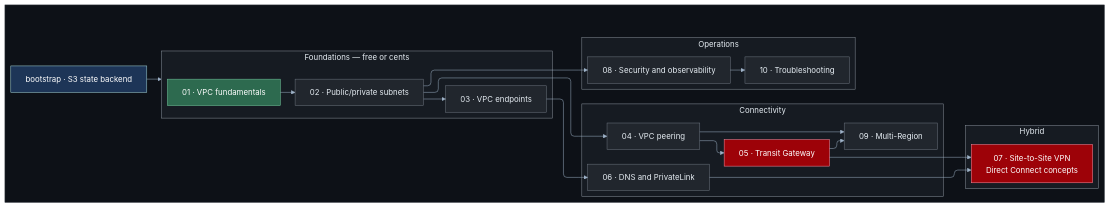
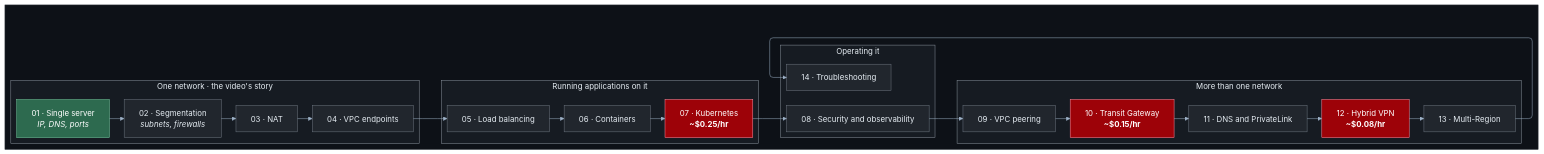
One commit to HuyNguyen260398/aws-network-architecture changed the first of 5 diagrams in docs/diagrams/README.md. Above: the diagram before and after it, drawn with Mermaid. The commit also changed other lines of this file and 13 other files, not shown here.

First line of the commit message:
docs: describe the single-project lab structure and map the video's concepts

````diff
--- a/docs/diagrams/README.md
+++ b/docs/diagrams/README.md
@@ -50,68 +53,58 @@
 ```mermaid
 ---
 config:
   layout: elk
   theme: base
   themeVariables:
     lineColor: "#9fb3c8"
     textColor: "#e6edf3"
     primaryColor: "#21262d"
     primaryTextColor: "#e6edf3"
     primaryBorderColor: "#6e7681"
     edgeLabelBackground: "#0d1117"
     clusterBkg: "#161b22"
     clusterBorder: "#6e7681"
     titleColor: "#e6edf3"
   flowchart:
     curve: rounded
     wrappingWidth: 420
 ---
 flowchart LR
     subgraph CANVAS[" "]
-        subgraph FOUND["Foundations — free or cents"]
-            L01["01 · VPC fundamentals"]
-            L02["02 · Public/private subnets"]
-            L03["03 · VPC endpoints"]
+        subgraph FOUND["One network · the video's story"]
+            L01["01 · Single server<br/><i>IP, DNS, ports</i>"]
+            L02["02 · Segmentation<br/><i>subnets, firewalls</i>"]
+            L03["03 · NAT"]
+            L04["04 · VPC endpoints"]
         end
-
-        subgraph CONN["Connectivity"]
-            L04["04 · VPC peering"]
-            L05["05 · Transit Gateway"]
-            L06["06 · DNS and PrivateLink"]
-            L09["09 · Multi-Region"]
+        subgraph APPS["Running applications on it"]
+            L05["05 · Load balancing"]
+            L06["06 · Containers"]
+            L07["07 · Kubernetes<br/><b>~$0.25/hr</b>"]
         end
-
-        subgraph HYB["Hybrid"]
-            L07["07 · Site-to-Site VPN<br/>Direct Connect concepts"]
+        subgraph OPS["Operating it"]
+            L08["08 · Security and observability"]
+            L14["14 · Troubleshooting"]
         end
-
-        subgraph OPS["Operations"]
-            L08["08 · Security and observability"]
-            L10["10 · Troubleshooting"]
+        subgraph MANY["More than one network"]
+            L09["09 · VPC peering"]
+            L10["10 · Transit Gateway<br/><b>~$0.15/hr</b>"]
+            L11["11 · DNS and PrivateLink"]
+            L12["12 · Hybrid VPN<br/><b>~$0.08/hr</b>"]
+            L13["13 · Multi-Region"]
         end
-
-        BOOT["bootstrap · S3 state backend"]
     end
 
-    BOOT --> FOUND
-    L01 --> L02 --> L03
-    L02 --> L04 --> L05
-    L03 --> L06
-    L05 --> L07
-    L06 --> L07
-    L04 --> L09
-    L05 --> L09
-    L02 --> L08 --> L10
+    L01 --> L02 --> L03 --> L04 --> L05 --> L06 --> L07 --> L08
+    L08 --> L09 --> L10 --> L11 --> L12 --> L13 --> L14
 
     classDef canvas fill:#0d1117,stroke:#30363d,color:#e6edf3
     classDef vpc fill:#161b22,stroke:#8b949e,color:#e6edf3
     classDef free fill:#2d6a4f,stroke:#74c69d,color:#fff
-    classDef gateway fill:#1d3557,stroke:#a8dadc,color:#fff
     classDef billed fill:#9d0208,stroke:#ff8fa3,color:#fff
 
     class CANVAS canvas
-    class FOUND,CONN,HYB,OPS vpc
+    class FOUND,APPS,OPS,MANY vpc
+    class L07,L10,L12 billed
     class L01 free
-    class BOOT gateway
-    class L05,L07 billed
 ```
````
